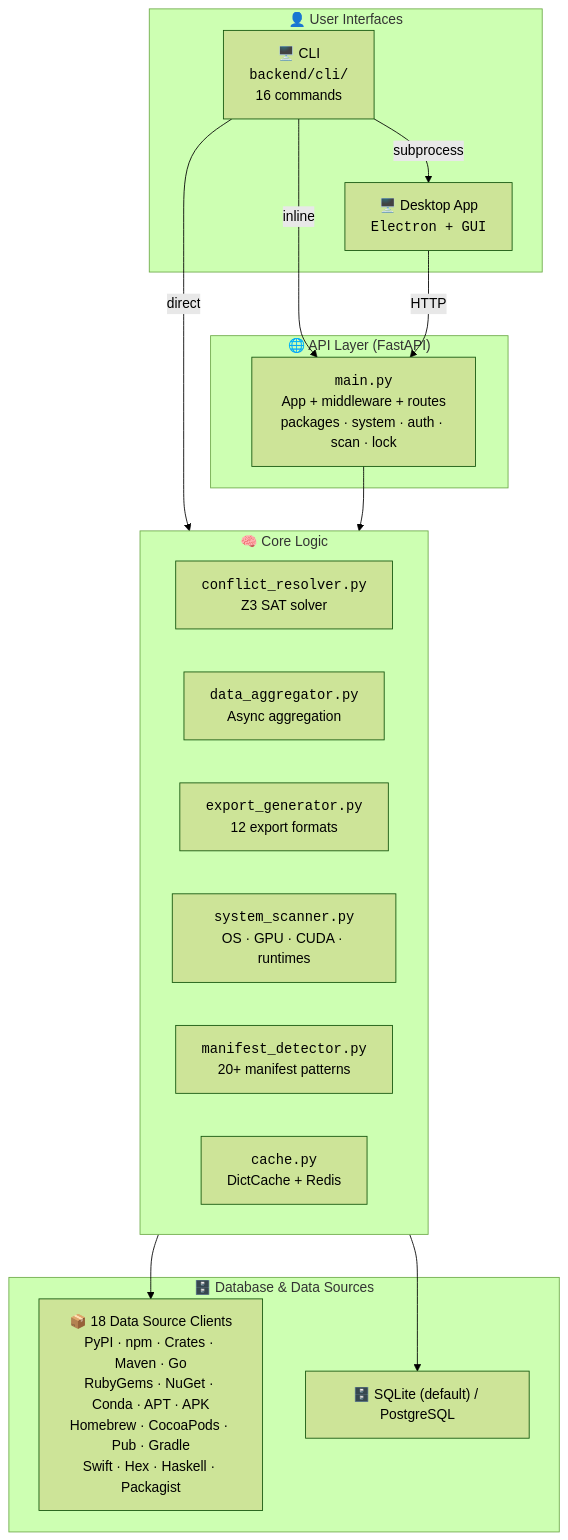
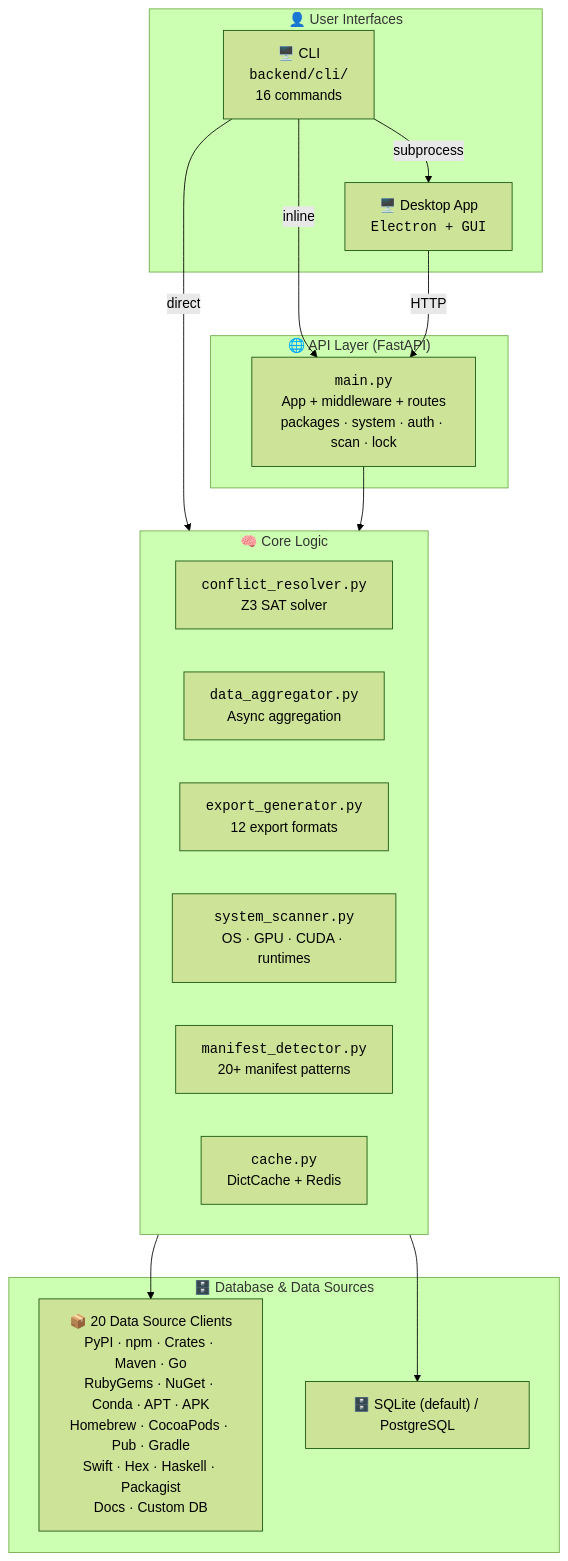
Before and after one commit to code-with-zeeshan/universal-dependency-resolver: the second of 2 diagrams in docs/USER_GUIDE.md, drawn with Mermaid (forest theme). The commit also changed other lines of this file and 60 other files, not shown here.

````diff
--- a/docs/USER_GUIDE.md
+++ b/docs/USER_GUIDE.md
@@ -168,33 +168,33 @@
 ```mermaid
 graph TB
     subgraph UserLayer["👤 User Interfaces"]
         CLI["🖥️ CLI<br/><code>backend/cli/</code><br/>16 commands"]
         DESKTOP["🖥️ Desktop App<br/><code>Electron + GUI</code>"]
     end
 
     subgraph APILayer["🌐 API Layer (FastAPI)"]
         API["<code>main.py</code><br/>App + middleware + routes<br/>packages · system · auth · scan · lock"]
     end
 
     subgraph CoreLayer["🧠 Core Logic"]
         CR["<code>conflict_resolver.py</code><br/>Z3 SAT solver"]
         DA["<code>data_aggregator.py</code><br/>Async aggregation"]
         EG["<code>export_generator.py</code><br/>12 export formats"]
         SS["<code>system_scanner.py</code><br/>OS · GPU · CUDA · runtimes"]
         MD["<code>manifest_detector.py</code><br/>20+ manifest patterns"]
         CACHE["<code>cache.py</code><br/>DictCache + Redis"]
     end
 
     subgraph DBLayer["🗄️ Database & Data Sources"]
-        DS["📦 18 Data Source Clients<br/>PyPI · npm · Crates · Maven · Go<br/>RubyGems · NuGet · Conda · APT · APK<br/>Homebrew · CocoaPods · Pub · Gradle<br/>Swift · Hex · Haskell · Packagist"]
+        DS["📦 20 Data Source Clients<br/>PyPI · npm · Crates · Maven · Go<br/>RubyGems · NuGet · Conda · APT · APK<br/>Homebrew · CocoaPods · Pub · Gradle<br/>Swift · Hex · Haskell · Packagist<br/>Docs · Custom DB"]
         DB["🗄️ SQLite (default) / PostgreSQL"]
     end
 
     CLI -->|"inline"| API
     CLI -->|"direct"| CoreLayer
     CLI -->|"subprocess"| DESKTOP
     DESKTOP -->|"HTTP"| API
     API --> CoreLayer
     CoreLayer --> DS
     CoreLayer --> DB
 ```
````
